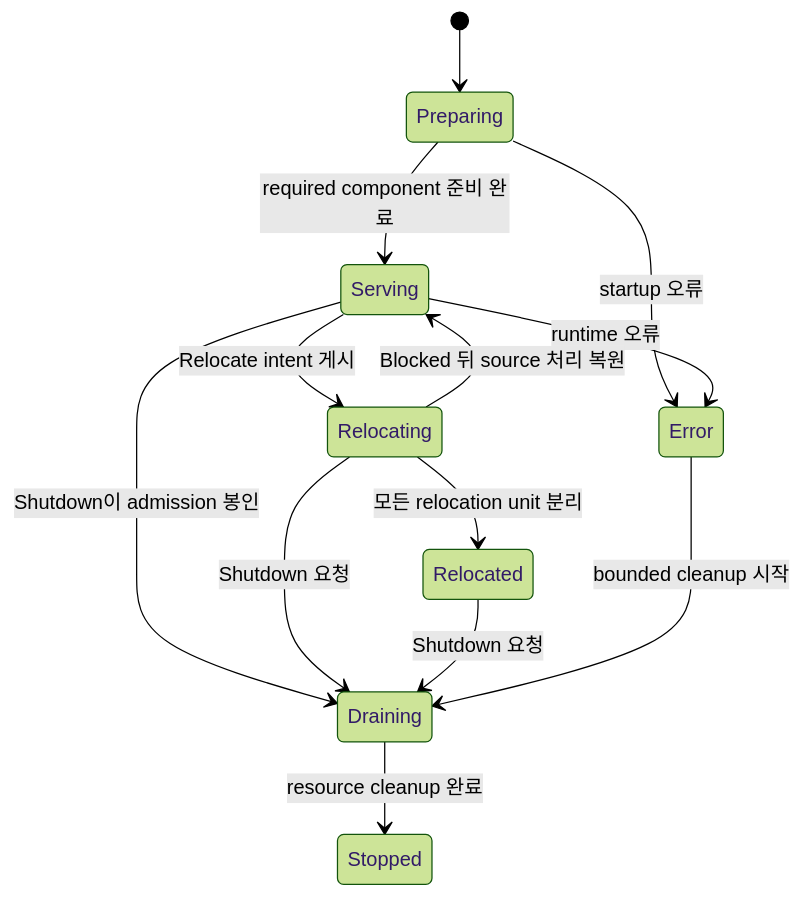
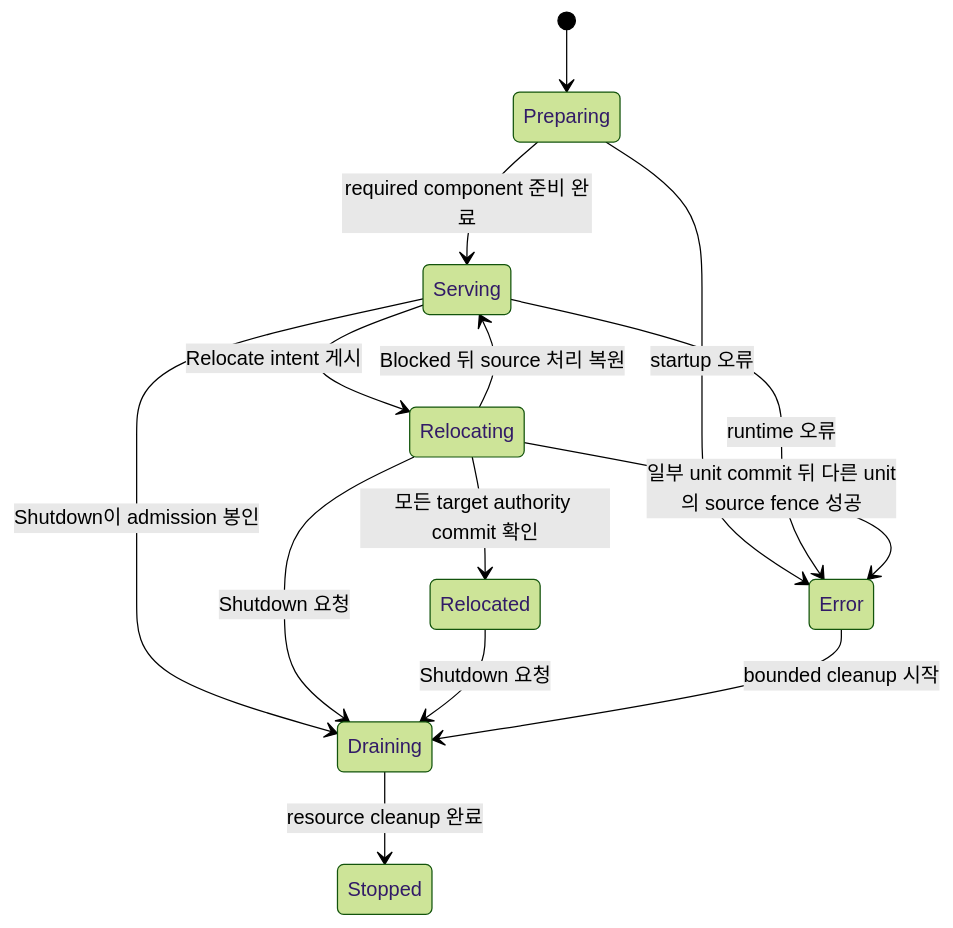
Before and after one commit to zlink-systems/zlink: the first of 3 diagrams in framework/doc/framework/common/spec/server/05-location-relocation/05-host-relocation-flow.ko.md, drawn with Mermaid (forest theme). The commit also changed other lines of this file and 73 other files, not shown here.

````diff
--- a/framework/doc/framework/common/spec/server/05-location-relocation/05-host-relocation-flow.ko.md
+++ b/framework/doc/framework/common/spec/server/05-location-relocation/05-host-relocation-flow.ko.md
@@ -204,15 +204,16 @@
 ```mermaid
 stateDiagram-v2
     [*] --> Preparing
     Preparing --> Serving: required component 준비 완료
     Preparing --> Error: startup 오류
     Serving --> Relocating: Relocate intent 게시
     Serving --> Draining: Shutdown이 admission 봉인
     Serving --> Error: runtime 오류
     Relocating --> Serving: Blocked 뒤 source 처리 복원
-    Relocating --> Relocated: 모든 relocation unit 분리
+    Relocating --> Relocated: 모든 target authority commit 확인
+    Relocating --> Error: 일부 unit commit 뒤 다른 unit의 source fence 성공
     Relocating --> Draining: Shutdown 요청
     Relocated --> Draining: Shutdown 요청
     Error --> Draining: bounded cleanup 시작
     Draining --> Stopped: resource cleanup 완료
 ```
````
